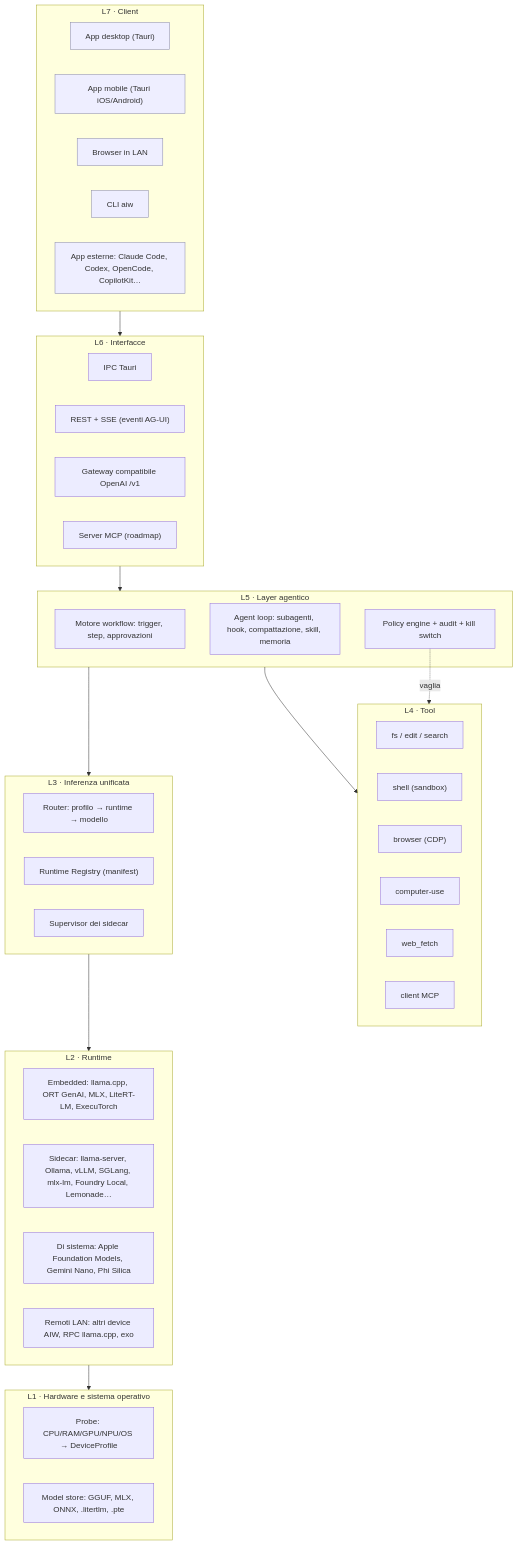
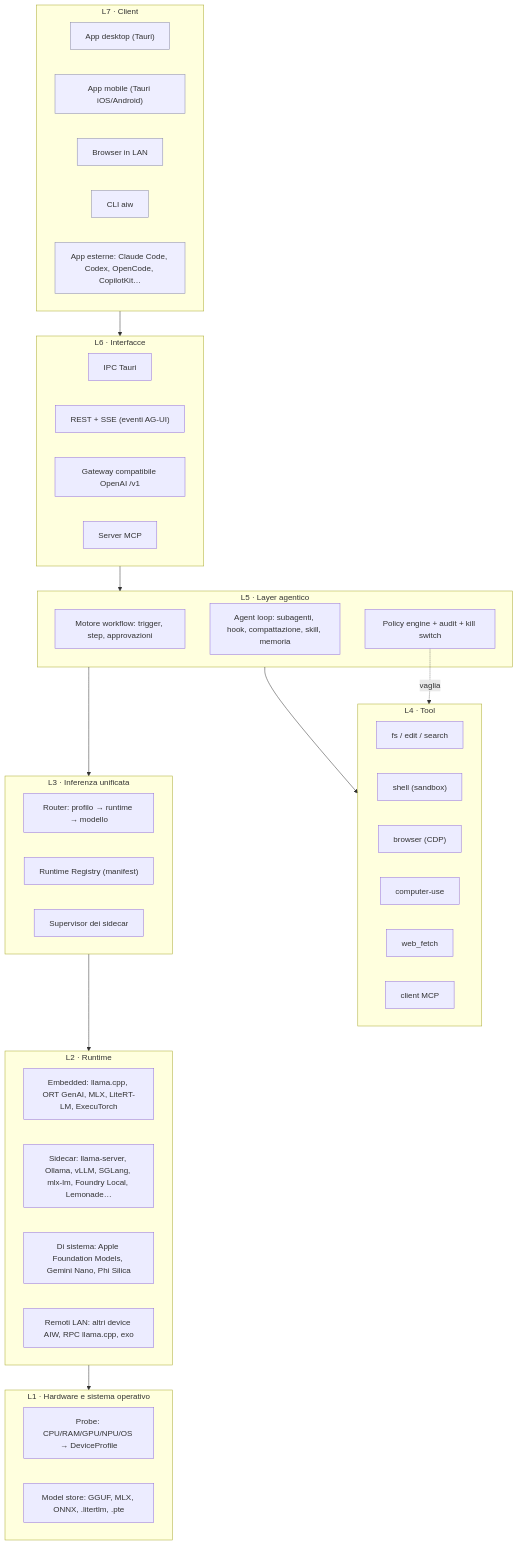
Before and after one commit to davides93/ai-workspace-local: the first of 3 diagrams in docs/architecture/ARCHITECTURE.md, drawn with Mermaid. The commit also changed other lines of this file and 3 other files, not shown here.

````diff
--- a/docs/architecture/ARCHITECTURE.md
+++ b/docs/architecture/ARCHITECTURE.md
@@ -21,48 +21,48 @@
 ```mermaid
 flowchart TB
   subgraph Clients["L7 · Client"]
     UIdesk["App desktop (Tauri)"]:::c
     UImob["App mobile (Tauri iOS/Android)"]:::c
     Web["Browser in LAN"]:::c
     CLI["CLI aiw"]:::c
     Ext["App esterne: Claude Code, Codex, OpenCode, CopilotKit…"]:::c
   end
   subgraph API["L6 · Interfacce"]
     IPC["IPC Tauri"]
     HTTP["REST + SSE (eventi AG-UI)"]
     GW["Gateway compatibile OpenAI /v1"]
-    MCPS["Server MCP (roadmap)"]
+    MCPS["Server MCP"]
   end
   subgraph Agentic["L5 · Layer agentico"]
     WF["Motore workflow: trigger, step, approvazioni"]
     AG["Agent loop: subagenti, hook, compattazione, skill, memoria"]
     POL["Policy engine + audit + kill switch"]
   end
   subgraph Tools["L4 · Tool"]
     FS["fs / edit / search"]
     SH["shell (sandbox)"]
     BR["browser (CDP)"]
     CU["computer-use"]
     WEB["web_fetch"]
     MCPC["client MCP"]
   end
   subgraph Infer["L3 · Inferenza unificata"]
     ROUTER["Router: profilo → runtime → modello"]
     REG["Runtime Registry (manifest)"]
     SUP["Supervisor dei sidecar"]
   end
   subgraph Runtimes["L2 · Runtime"]
     EMB["Embedded: llama.cpp, ORT GenAI, MLX, LiteRT-LM, ExecuTorch"]
     SIDE["Sidecar: llama-server, Ollama, vLLM, SGLang, mlx-lm, Foundry Local, Lemonade…"]
     SYS["Di sistema: Apple Foundation Models, Gemini Nano, Phi Silica"]
     LAN["Remoti LAN: altri device AIW, RPC llama.cpp, exo"]
   end
   subgraph HW["L1 · Hardware e sistema operativo"]
     PROBE["Probe: CPU/RAM/GPU/NPU/OS → DeviceProfile"]
     MODELS["Model store: GGUF, MLX, ONNX, .litertlm, .pte"]
   end
   Clients --> API --> Agentic --> Tools
   Agentic --> Infer --> Runtimes --> HW
   POL -. vaglia .-> Tools
   classDef c fill:#eef,stroke:#88a
 ```
````
